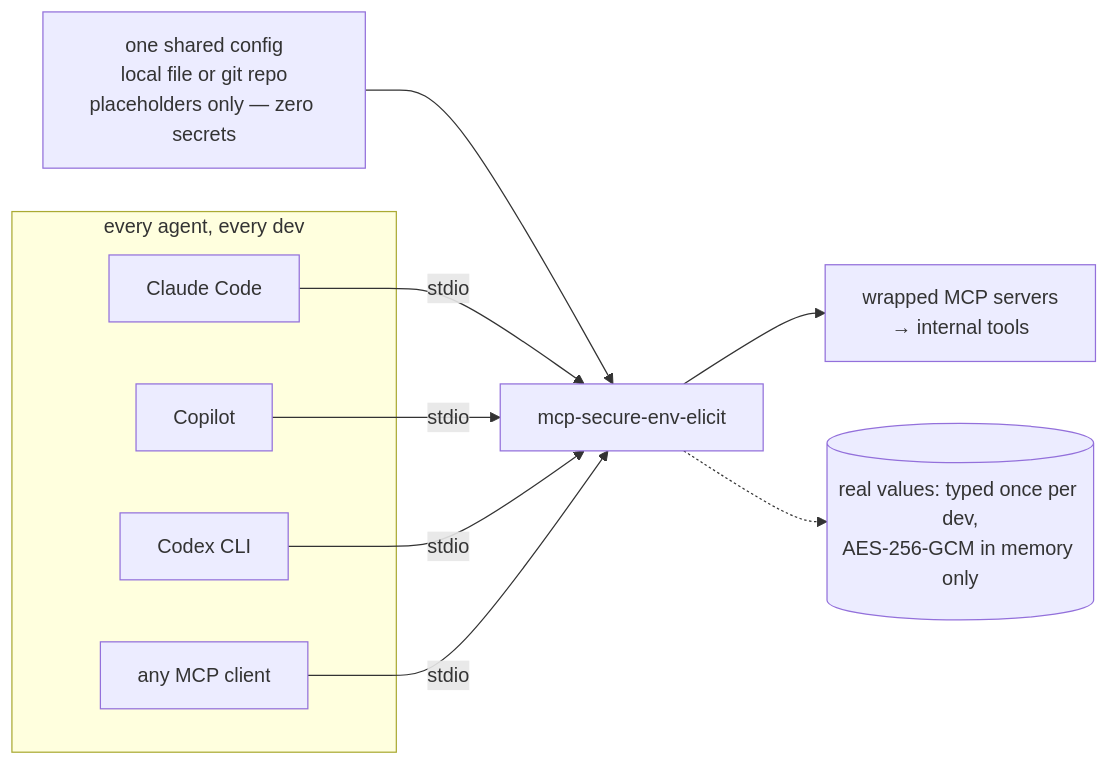
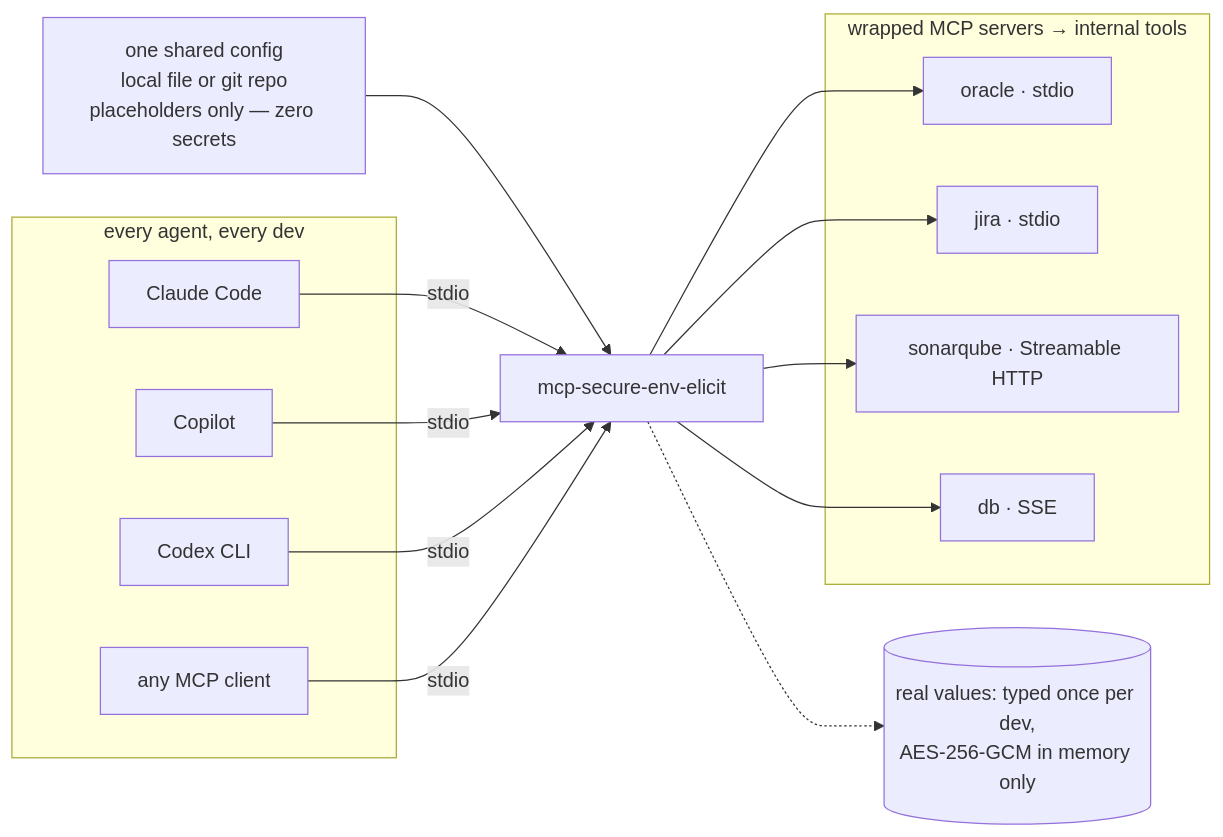
One commit to gcorroto/mcp-secure-env-elicit changed the third of 4 diagrams in README.md. Above: the diagram before and after it, drawn with Mermaid. The commit also changed other lines of this file, not shown here.

Commit message:
docs: show stdio, Streamable HTTP and SSE servers in the mermaid examples

````diff
--- a/README.md
+++ b/README.md
@@ -39,13 +46,19 @@
 ```mermaid
 flowchart LR
     subgraph agents["every agent, every dev"]
         c1["Claude Code"]
         c2["Copilot"]
         c3["Codex CLI"]
         c4["any MCP client"]
     end
+    subgraph wrapped["wrapped MCP servers → internal tools"]
+        t1["oracle · stdio"]
+        t2["jira · stdio"]
+        t3["sonarqube · Streamable HTTP"]
+        t4["db · SSE"]
+    end
     cfg["one shared config<br/>local file or git repo<br/>placeholders only — zero secrets"] --> w["mcp-secure-env-elicit"]
     c1 & c2 & c3 & c4 -- "stdio" --> w
-    w --> tools["wrapped MCP servers<br/>→ internal tools"]
+    w --> t1 & t2 & t3 & t4
     w -.-> vault[("real values: typed once per dev,<br/>AES-256-GCM in memory only")]
 ```
````
